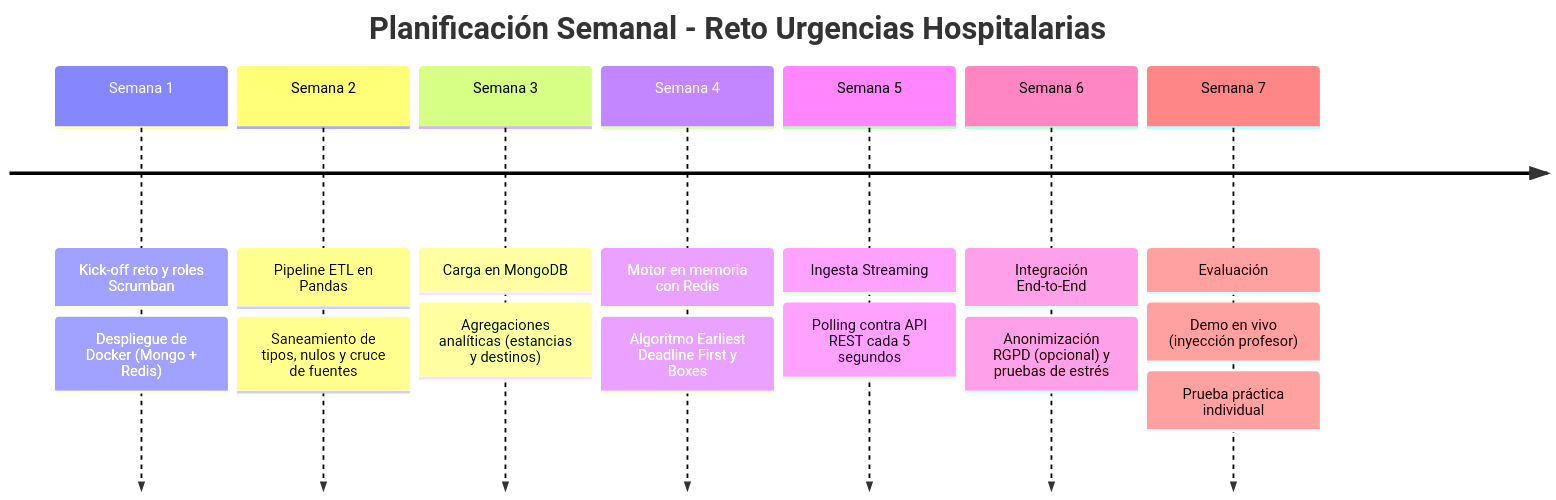
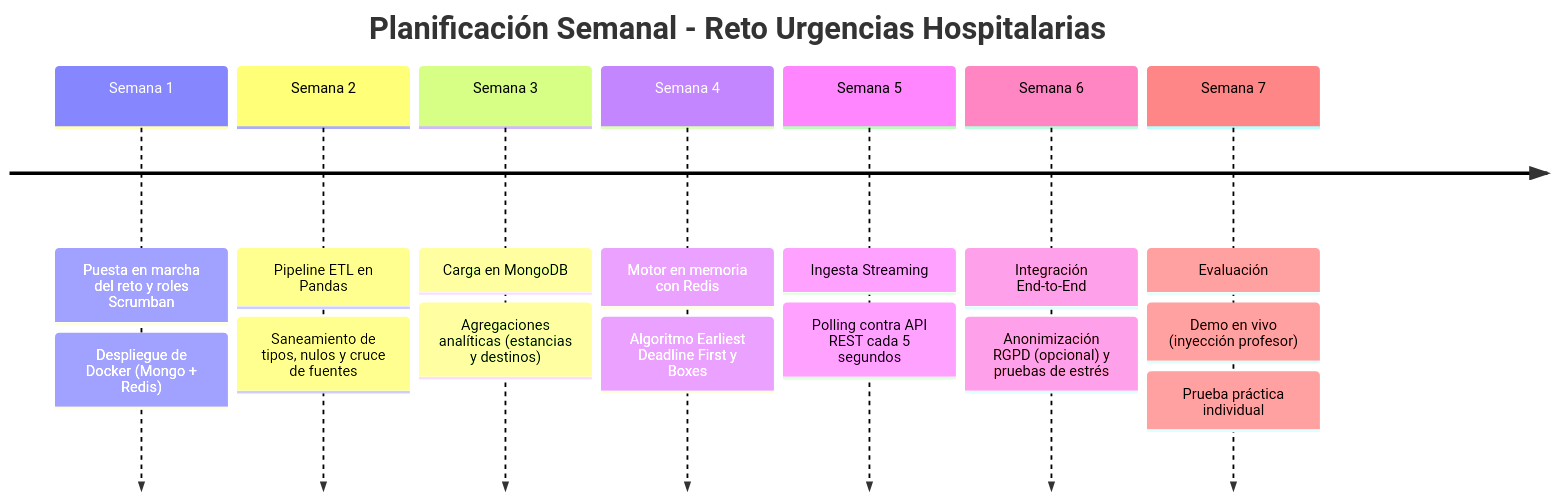
The second of 2 diagrams in retos/reto1/enunciado_alumno/index.md (vgonzalez165/apuntes_sbd), drawn with Mermaid before and after one commit. The commit also changed other lines of this file and 9 other files, not shown here.

```diff
--- a/retos/reto1/enunciado_alumno/index.md
+++ b/retos/reto1/enunciado_alumno/index.md
@@ -192,11 +191,11 @@
 <div class="mermaid">
 timeline
     title Planificación Semanal - Reto Urgencias Hospitalarias
-    Semana 1 : Kick-off reto y roles Scrumban : Despliegue de Docker (Mongo + Redis)
+    Semana 1 : Puesta en marcha del reto y roles Scrumban : Despliegue de Docker (Mongo + Redis)
     Semana 2 : Pipeline ETL en Pandas : Saneamiento de tipos, nulos y cruce de fuentes
     Semana 3 : Carga en MongoDB : Agregaciones analíticas (estancias y destinos)
     Semana 4 : Motor en memoria con Redis : Algoritmo Earliest Deadline First y Boxes
     Semana 5 : Ingesta Streaming : Polling contra API REST cada 5 segundos
     Semana 6 : Integración End-to-End : Anonimización RGPD (opcional) y pruebas de estrés
     Semana 7 : Evaluación : Demo en vivo (inyección profesor) : Prueba práctica individual
 </div>
```
